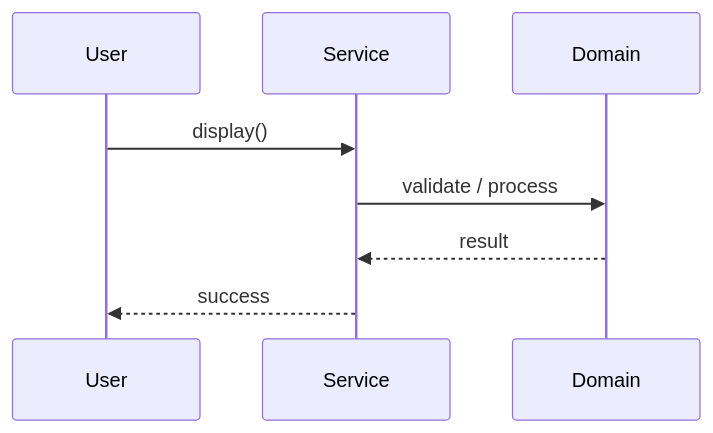
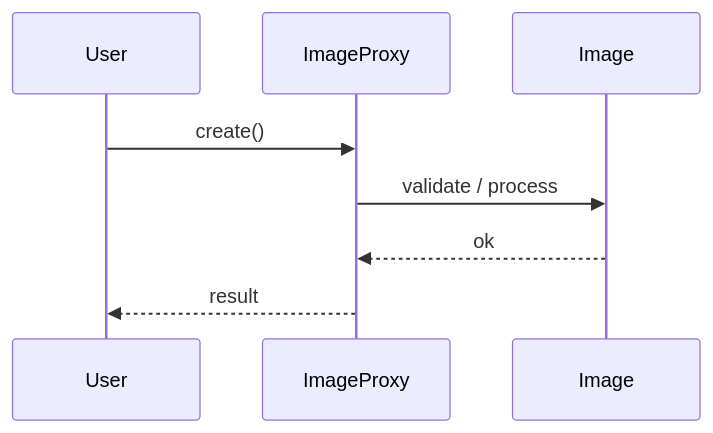
The second of 3 diagrams in Learn/System Design - Low Level Design/03-design-patterns/questions/Q10-proxy-image-loader.md (madhupaila/Interview-Prep-SSE), drawn with Mermaid before and after one commit. The commit also changed other lines of this file and 491 other files, not shown here.

````diff
--- a/Learn/System Design - Low Level Design/03-design-patterns/questions/Q10-proxy-image-loader.md
+++ b/Learn/System Design - Low Level Design/03-design-patterns/questions/Q10-proxy-image-loader.md
@@ -120,10 +144,10 @@
 ```mermaid
 sequenceDiagram
-    participant U as User
-    participant S as Service
-    participant D as Domain
-    U->>S: display()
-    S->>D: validate / process
-    D-->>S: result
-    S-->>U: success
+participant U as User
+participant S as ImageProxy
+participant D as Image
+U->>S: create()
+S->>D: validate / process
+D-->>S: ok
+S-->>U: result
 ```
````
